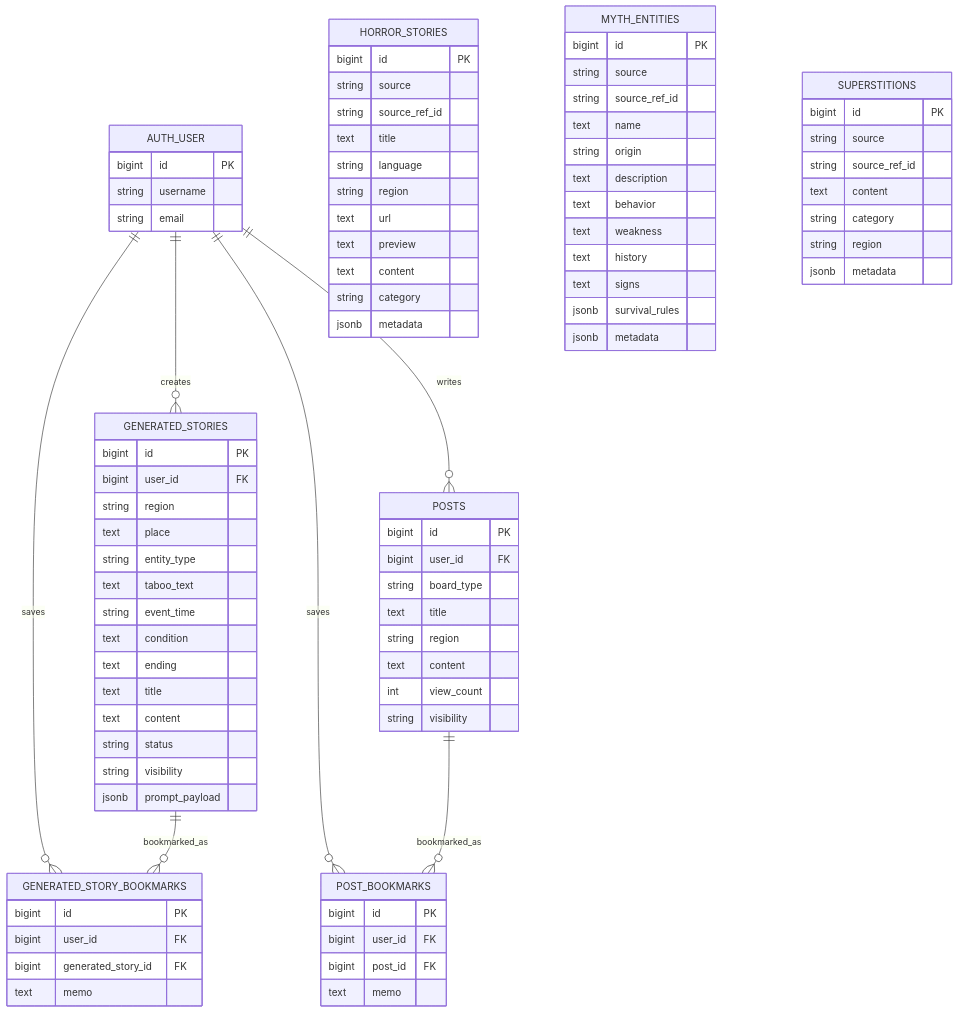
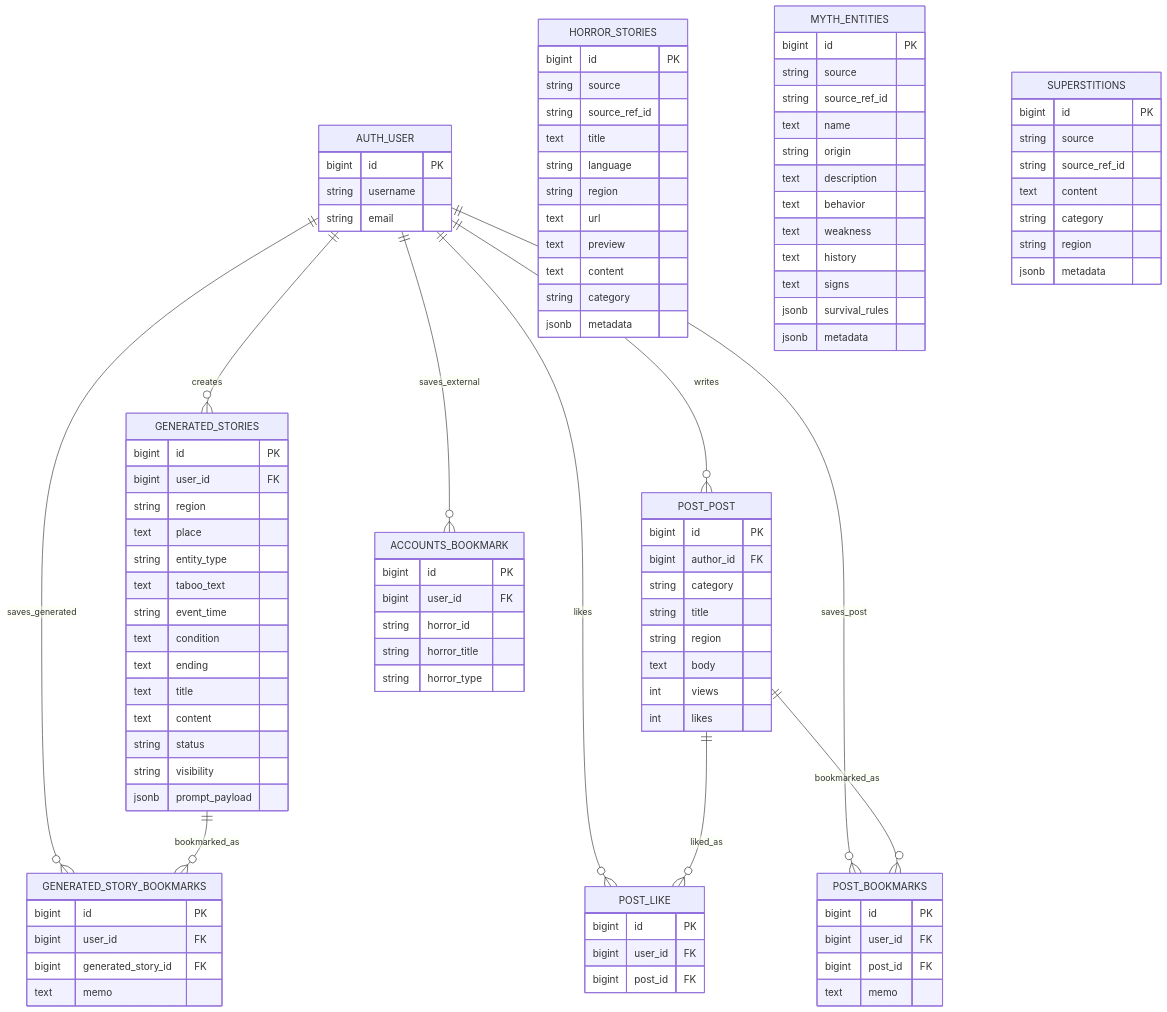
The diagram in docs/ERD/postgresql_erd_plan.md (SKNETWORKS-FAMILY-AICAMP/SKN27-4th-1team), drawn with Mermaid before and after one commit. The commit also changed other lines of this file and 14 other files, not shown here.

````diff
--- a/docs/ERD/postgresql_erd_plan.md
+++ b/docs/ERD/postgresql_erd_plan.md
@@ -260,12 +295,15 @@
 ```mermaid
 erDiagram
     AUTH_USER ||--o{ GENERATED_STORIES : creates
-    AUTH_USER ||--o{ POSTS : writes
-    AUTH_USER ||--o{ GENERATED_STORY_BOOKMARKS : saves
-    AUTH_USER ||--o{ POST_BOOKMARKS : saves
+    AUTH_USER ||--o{ POST_POST : writes
+    AUTH_USER ||--o{ POST_LIKE : likes
+    AUTH_USER ||--o{ ACCOUNTS_BOOKMARK : saves_external
+    AUTH_USER ||--o{ GENERATED_STORY_BOOKMARKS : saves_generated
+    AUTH_USER ||--o{ POST_BOOKMARKS : saves_post
 
+    POST_POST ||--o{ POST_LIKE : liked_as
+    POST_POST ||--o{ POST_BOOKMARKS : bookmarked_as
     GENERATED_STORIES ||--o{ GENERATED_STORY_BOOKMARKS : bookmarked_as
-    POSTS ||--o{ POST_BOOKMARKS : bookmarked_as
 
     AUTH_USER {
         bigint id PK
@@ -329,15 +367,29 @@
         jsonb prompt_payload
     }
 
-    POSTS {
+    POST_POST {
+        bigint id PK
+        bigint author_id FK
+        string category
+        string title
+        string region
+        text body
+        int views
+        int likes
+    }
+
+    POST_LIKE {
         bigint id PK
         bigint user_id FK
-        string board_type
-        text title
-        string region
-        text content
-        int view_count
-        string visibility
+        bigint post_id FK
+    }
+
+    ACCOUNTS_BOOKMARK {
+        bigint id PK
+        bigint user_id FK
+        string horror_id
+        string horror_title
+        string horror_type
     }
 
     GENERATED_STORY_BOOKMARKS {
````
